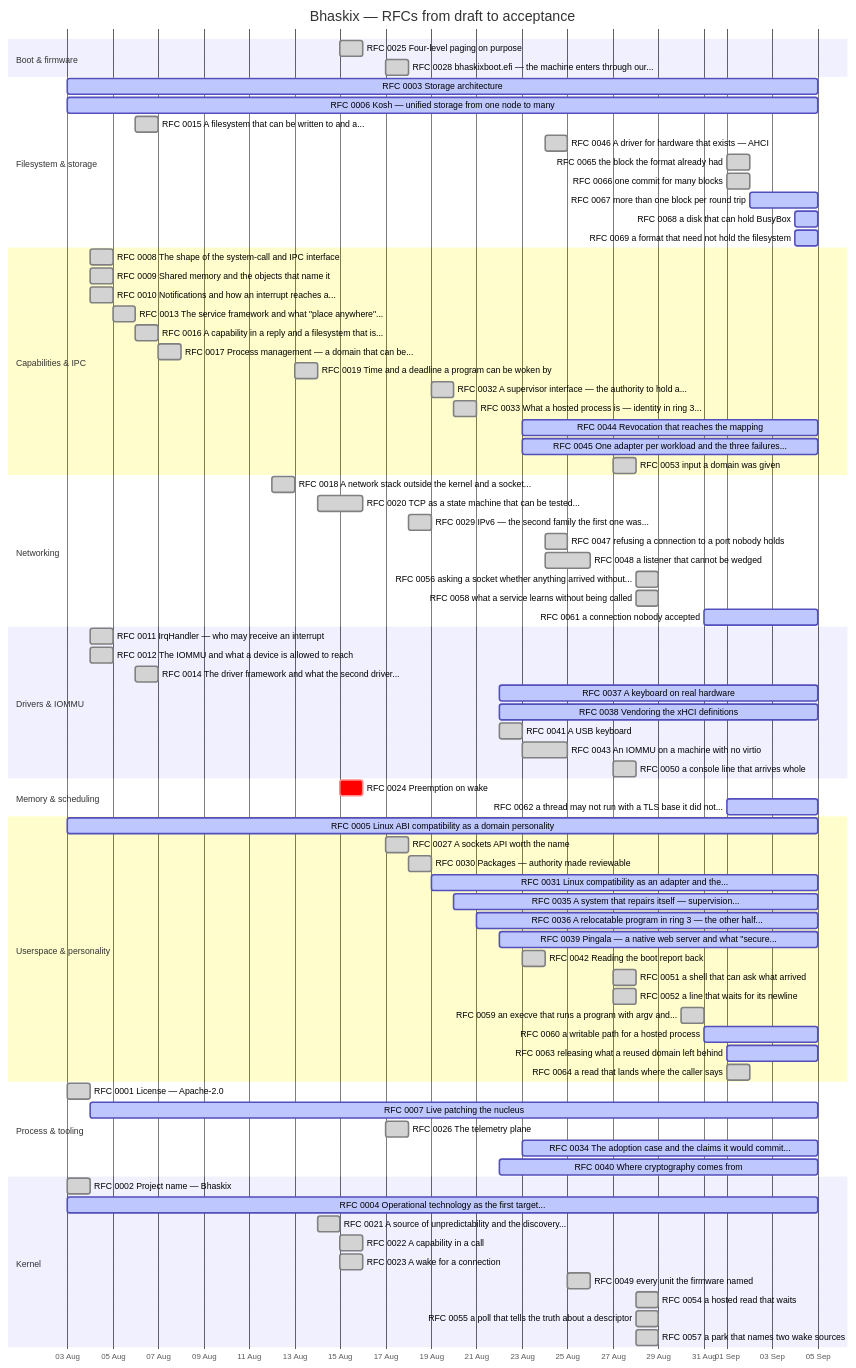
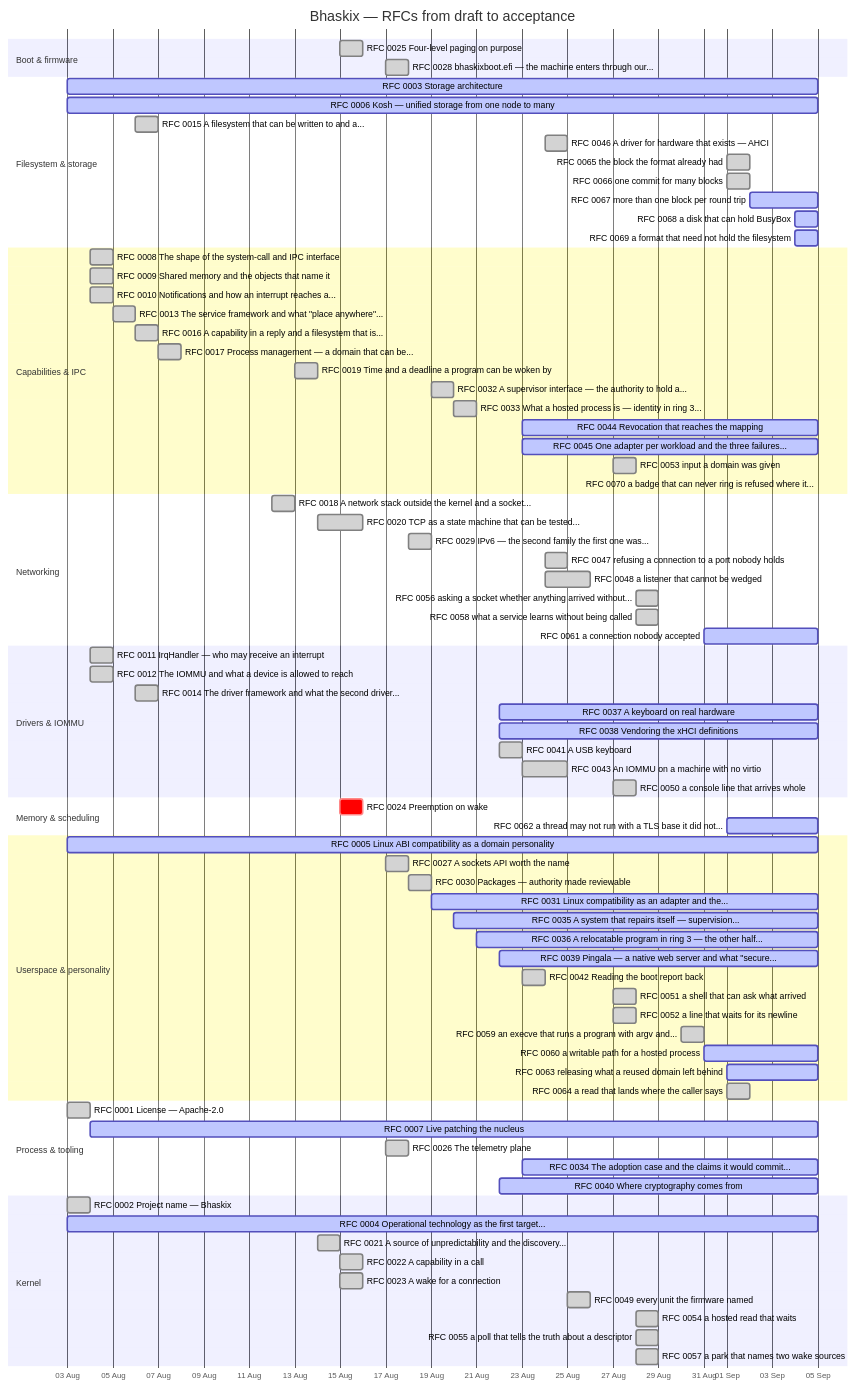
Before and after one commit to bhaskix/bhaskix: the diagram in docs/progress.md, drawn with Mermaid. The commit also changed other lines of this file and 1 other file, not shown here.

```diff
--- a/docs/progress.md
+++ b/docs/progress.md
@@ -53,6 +53,7 @@
     RFC 0044 Revocation that reaches the mapping :active, r0044, 2026-08-23, 2026-09-05
     RFC 0045 One adapter per workload and the three failures... :active, r0045, 2026-08-23, 2026-09-05
     RFC 0053 input a domain was given :done, r0053, 2026-08-27, 1d
+    RFC 0070 a badge that can never ring is refused where it... :active, r0070, 2026-09-05, 2026-09-05
     section Networking
     RFC 0018 A network stack outside the kernel and a socket... :done, r0018, 2026-08-12, 2026-08-13
     RFC 0020 TCP as a state machine that can be tested... :done, r0020, 2026-08-14, 2026-08-16
```
